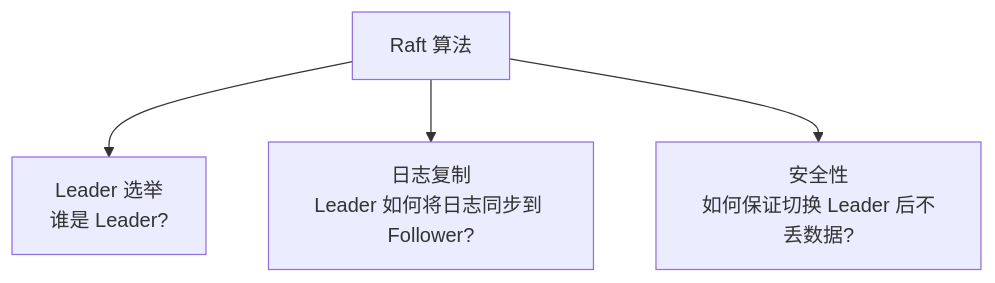
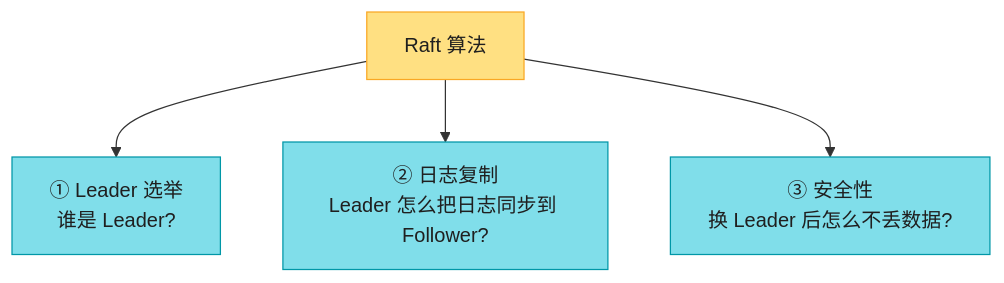
Diagram 13 of 37 in ch10-一致性与共识.md (socoo123/ddia_2nd), drawn with Mermaid before and after one commit. The commit also changed other lines of this file and 5 other files, not shown here.

````diff
--- a/ch10-一致性与共识.md
+++ b/ch10-一致性与共识.md
@@ -314,7 +580,12 @@
 ```mermaid
-graph TD
+flowchart TD
     RAFT["Raft 算法"]
-    RAFT --> LE["Leader 选举<br/>谁是 Leader?"]
-    RAFT --> LR["日志复制<br/>Leader 如何将日志同步到 Follower?"]
-    RAFT --> SAFE["安全性<br/>如何保证切换 Leader 后不丢数据?"]
+    RAFT --> LE["① Leader 选举<br/>谁是 Leader?"]
+    RAFT --> LR["② 日志复制<br/>Leader 怎么把日志同步到 Follower?"]
+    RAFT --> SAFE["③ 安全性<br/>换 Leader 后怎么不丢数据?"]
+
+    style RAFT fill:#FFE082,stroke:#F9A825,color:#1f1f1f
+    style LE fill:#80DEEA,stroke:#0097A7,color:#1f1f1f
+    style LR fill:#80DEEA,stroke:#0097A7,color:#1f1f1f
+    style SAFE fill:#80DEEA,stroke:#0097A7,color:#1f1f1f
 ```
````
